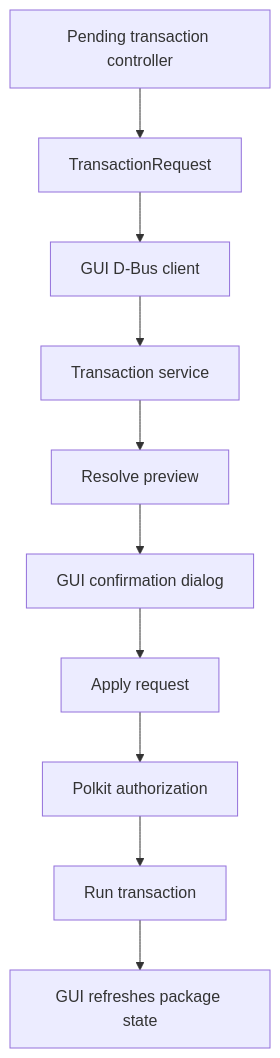
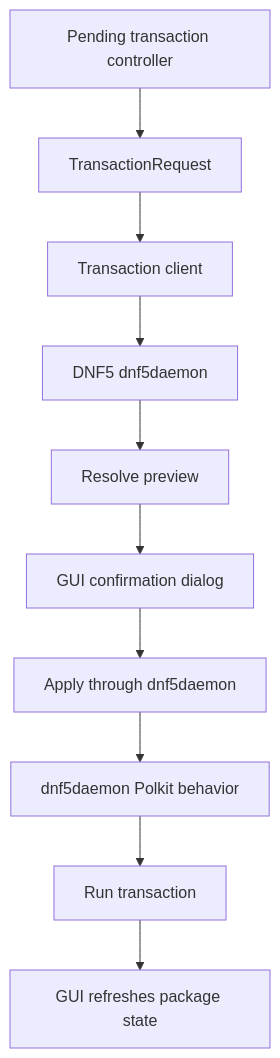
The fourth of 4 diagrams in docs/architecture.md (dnfui/dnf-ui), drawn with Mermaid before and after one commit. The commit also changed other lines of this file and 23 other files, not shown here.

First line of the commit message:
Remove dnf5daemon prototype leftovers

````diff
--- a/docs/architecture.md
+++ b/docs/architecture.md
@@ -178,12 +170,12 @@
 ```mermaid
 flowchart TD
     Pending[Pending transaction controller] --> Request[TransactionRequest]
-    Request --> Client[GUI D-Bus client]
-    Client --> Service[Transaction service]
-    Service --> Preview[Resolve preview]
+    Request --> Client[Transaction client]
+    Client --> Daemon[DNF5 dnf5daemon]
+    Daemon --> Preview[Resolve preview]
     Preview --> Confirm[GUI confirmation dialog]
-    Confirm --> Apply[Apply request]
-    Apply --> Auth[Polkit authorization]
+    Confirm --> Apply[Apply through dnf5daemon]
+    Apply --> Auth[dnf5daemon Polkit behavior]
     Auth --> Run[Run transaction]
     Run --> Refresh[GUI refreshes package state]
 ```
````
